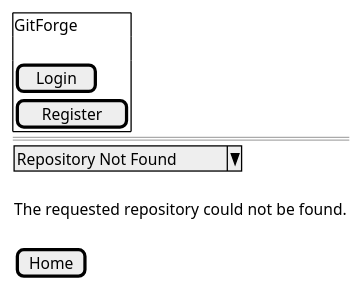
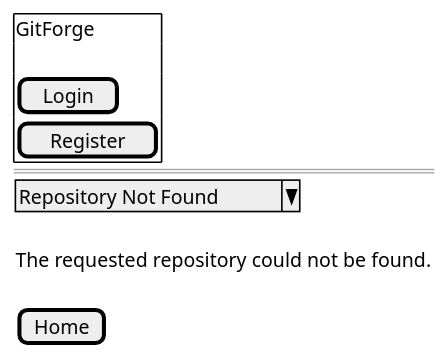
One commit to Farhad-V/Web-Git-Hosting-Platform changed the diagram in docs/SDLC/04-system-design/diagrams/11-wireframes-025.puml. Above: the diagram before and after it, drawn with PlantUML. The commit also changed 628 other files, not shown here.

Commit message:
Fix documentation encoding, table layout, and diagram typography

```diff
--- a/docs/SDLC/04-system-design/diagrams/11-wireframes-025.puml
+++ b/docs/SDLC/04-system-design/diagrams/11-wireframes-025.puml
@@ -1,18 +1,19 @@
 @startsalt
+scale 1.25
 {
    {+
      GitForge
      .
      [ Login ]
      [ Register ]
    }
    ==
    {
      ^Repository Not Found^
      .
      The requested repository could not be found.
      .
      [ Home ]
    }
 }
 @endsalt
```
